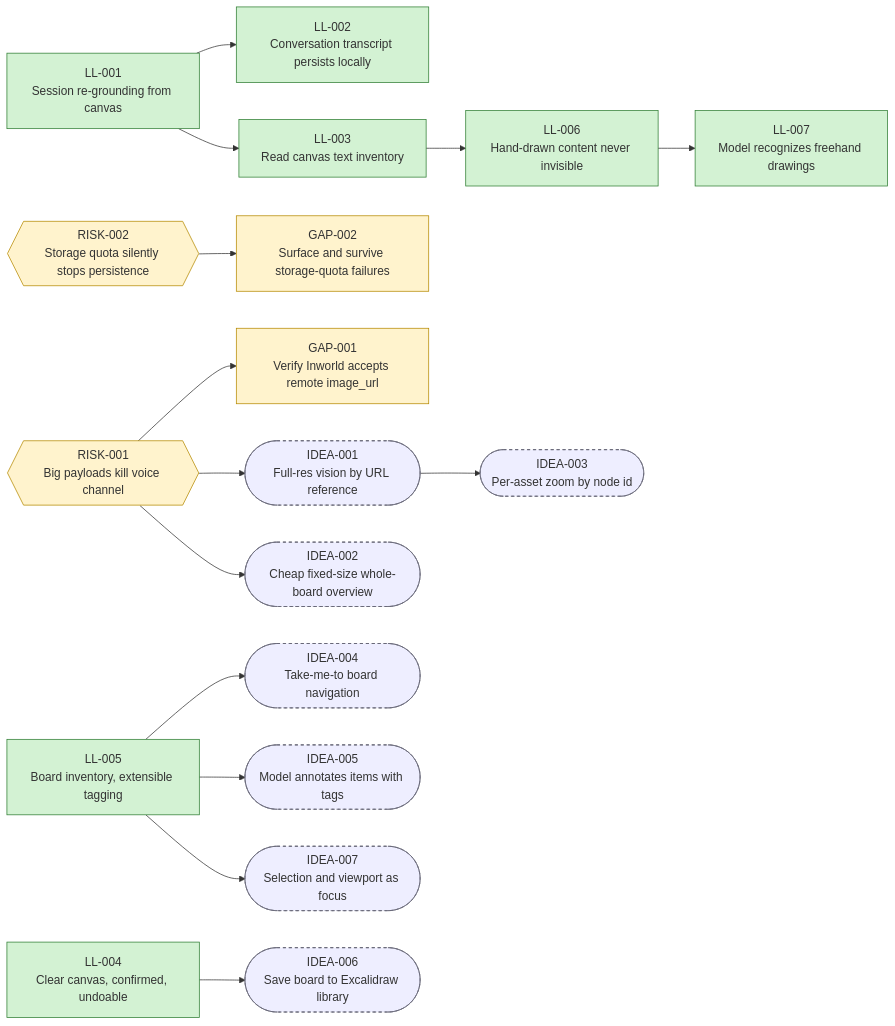
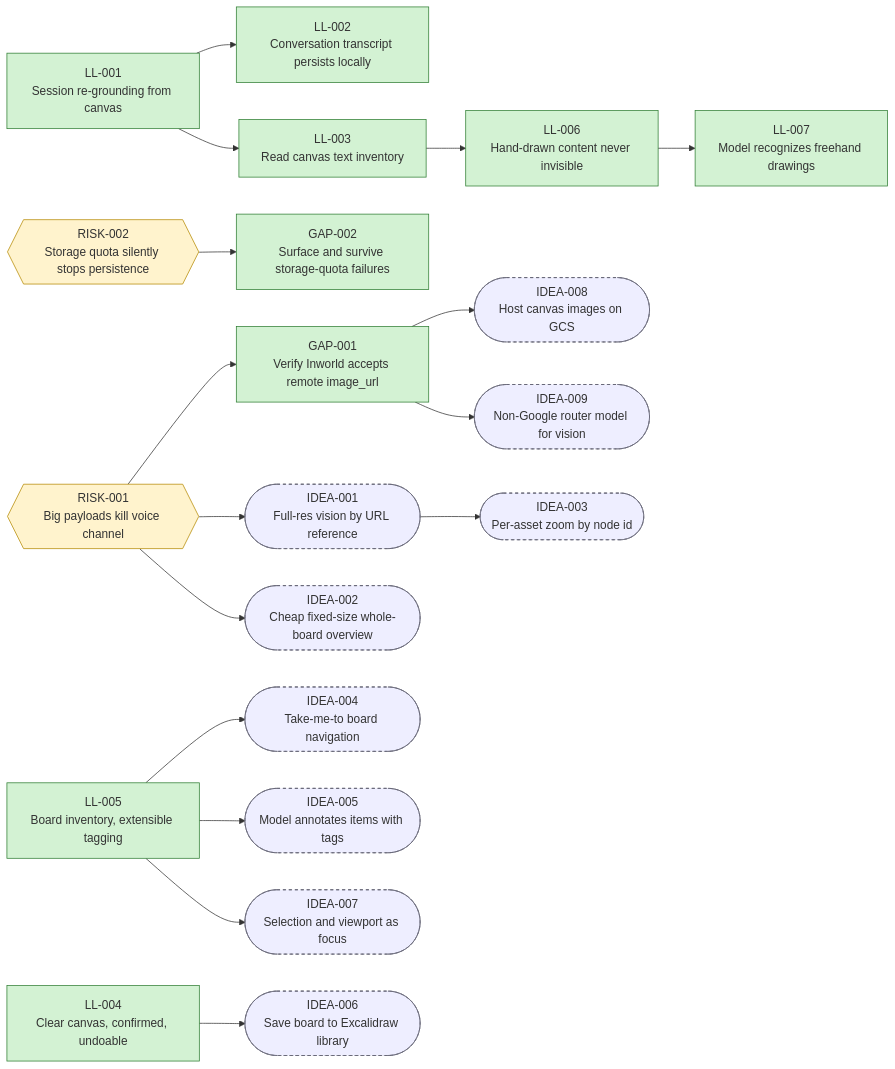
One commit to Empathos/lumen-light-v0.5-inworld-excalidraw-webdemo-62726 changed the diagram in docs/GRAPH.md. Above: the diagram before and after it, drawn with Mermaid. The commit also changed 7 other files, not shown here.

````diff
--- a/docs/GRAPH.md
+++ b/docs/GRAPH.md
@@ -6,52 +6,58 @@
 ```mermaid
 flowchart LR
   LL_001["LL-001<br/>Session re-grounding from canvas"]
   LL_002["LL-002<br/>Conversation transcript persists locally"]
   LL_003["LL-003<br/>Read canvas text inventory"]
   LL_004["LL-004<br/>Clear canvas, confirmed, undoable"]
   LL_005["LL-005<br/>Board inventory, extensible tagging"]
   LL_006["LL-006<br/>Hand-drawn content never invisible"]
   LL_007["LL-007<br/>Model recognizes freehand drawings"]
   RISK_001{{"RISK-001<br/>Big payloads kill voice channel"}}
   RISK_002{{"RISK-002<br/>Storage quota silently stops persistence"}}
   GAP_002["GAP-002<br/>Surface and survive storage-quota failures"]
   GAP_001["GAP-001<br/>Verify Inworld accepts remote image_url"]
   IDEA_001(["IDEA-001<br/>Full-res vision by URL reference"])
   IDEA_002(["IDEA-002<br/>Cheap fixed-size whole-board overview"])
   IDEA_003(["IDEA-003<br/>Per-asset zoom by node id"])
   IDEA_004(["IDEA-004<br/>Take-me-to board navigation"])
   IDEA_005(["IDEA-005<br/>Model annotates items with tags"])
   IDEA_006(["IDEA-006<br/>Save board to Excalidraw library"])
+  IDEA_008(["IDEA-008<br/>Host canvas images on GCS"])
+  IDEA_009(["IDEA-009<br/>Non-Google router model for vision"])
   IDEA_007(["IDEA-007<br/>Selection and viewport as focus"])
   LL_001 --> LL_002
   LL_001 --> LL_003
   LL_003 --> LL_006
   LL_006 --> LL_007
   RISK_002 --> GAP_002
   RISK_001 --> GAP_001
   RISK_001 --> IDEA_001
   RISK_001 --> IDEA_002
   IDEA_001 --> IDEA_003
   LL_005 --> IDEA_004
   LL_005 --> IDEA_005
   LL_004 --> IDEA_006
+  GAP_001 --> IDEA_008
+  GAP_001 --> IDEA_009
   LL_005 --> IDEA_007
   style LL_001 fill:#d3f2d3,stroke:#2e7d32
   style LL_002 fill:#d3f2d3,stroke:#2e7d32
   style LL_003 fill:#d3f2d3,stroke:#2e7d32
   style LL_004 fill:#d3f2d3,stroke:#2e7d32
   style LL_005 fill:#d3f2d3,stroke:#2e7d32
   style LL_006 fill:#d3f2d3,stroke:#2e7d32
   style LL_007 fill:#d3f2d3,stroke:#2e7d32
   style RISK_001 fill:#fff3cd,stroke:#b58900
   style RISK_002 fill:#fff3cd,stroke:#b58900
-  style GAP_002 fill:#fff3cd,stroke:#b58900
-  style GAP_001 fill:#fff3cd,stroke:#b58900
+  style GAP_002 fill:#d3f2d3,stroke:#2e7d32
+  style GAP_001 fill:#d3f2d3,stroke:#2e7d32
   style IDEA_001 fill:#eef,stroke:#667,stroke-dasharray:4
   style IDEA_002 fill:#eef,stroke:#667,stroke-dasharray:4
   style IDEA_003 fill:#eef,stroke:#667,stroke-dasharray:4
   style IDEA_004 fill:#eef,stroke:#667,stroke-dasharray:4
   style IDEA_005 fill:#eef,stroke:#667,stroke-dasharray:4
   style IDEA_006 fill:#eef,stroke:#667,stroke-dasharray:4
+  style IDEA_008 fill:#eef,stroke:#667,stroke-dasharray:4
+  style IDEA_009 fill:#eef,stroke:#667,stroke-dasharray:4
   style IDEA_007 fill:#eef,stroke:#667,stroke-dasharray:4
 ```
````
